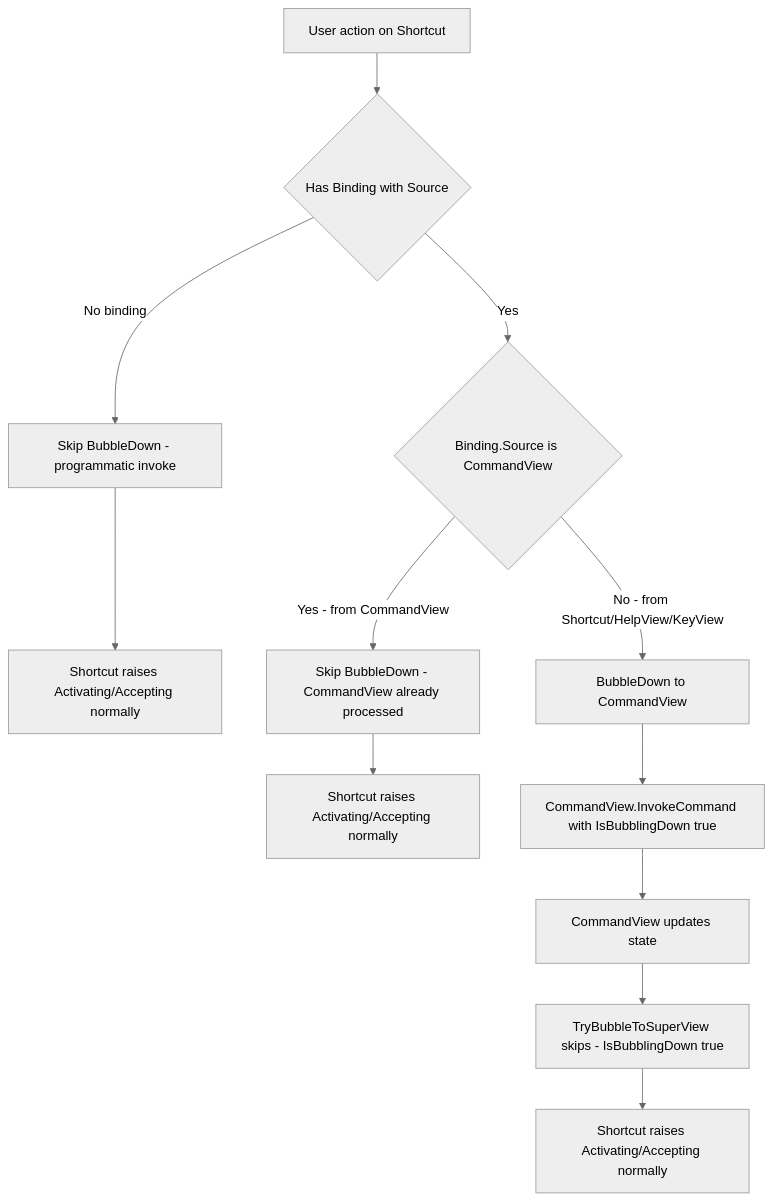
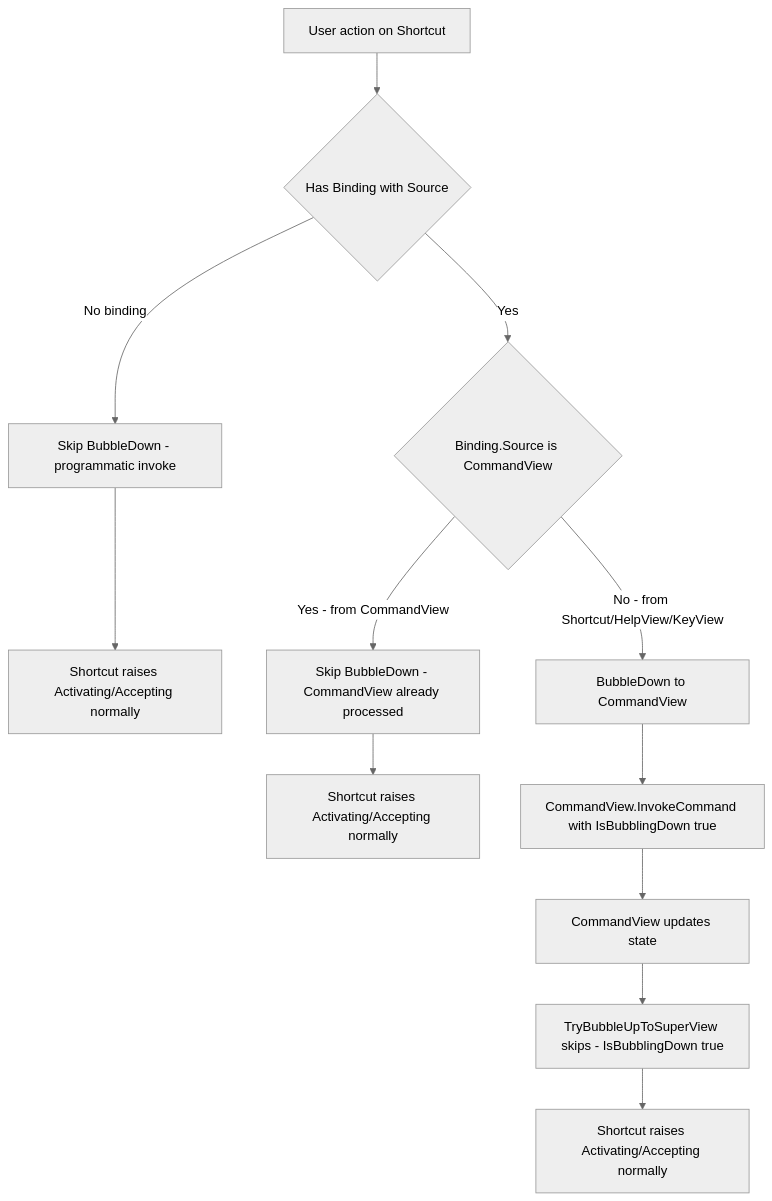
One commit to gui-cs/Terminal.Gui changed the fourth of 4 diagrams in docfx/docs/command.md. Above: the diagram before and after it, drawn with Mermaid (neutral theme). The commit also changed other lines of this file and 4 other files, not shown here.

````diff
--- a/docfx/docs/command.md
+++ b/docfx/docs/command.md
@@ -469,18 +442,18 @@
 ```mermaid
 flowchart TD
     input[User action on Shortcut] --> check_binding{Has Binding with Source}
 
     check_binding --> |No binding| skip[Skip BubbleDown - programmatic invoke]
     skip --> raise_events1[Shortcut raises Activating/Accepting normally]
 
     check_binding --> |Yes| check_source{Binding.Source is CommandView}
 
     check_source --> |Yes - from CommandView| skip2[Skip BubbleDown - CommandView already processed]
     skip2 --> raise_events2[Shortcut raises Activating/Accepting normally]
 
     check_source --> |No - from Shortcut/HelpView/KeyView| bubble[BubbleDown to CommandView]
     bubble --> invoke[CommandView.InvokeCommand with IsBubblingDown true]
     invoke --> cv_update[CommandView updates state]
-    cv_update --> no_rebubble[TryBubbleToSuperView skips - IsBubblingDown true]
+    cv_update --> no_rebubble[TryBubbleUpToSuperView skips - IsBubblingDown true]
     no_rebubble --> raise_events3[Shortcut raises Activating/Accepting normally]
 ```
````
